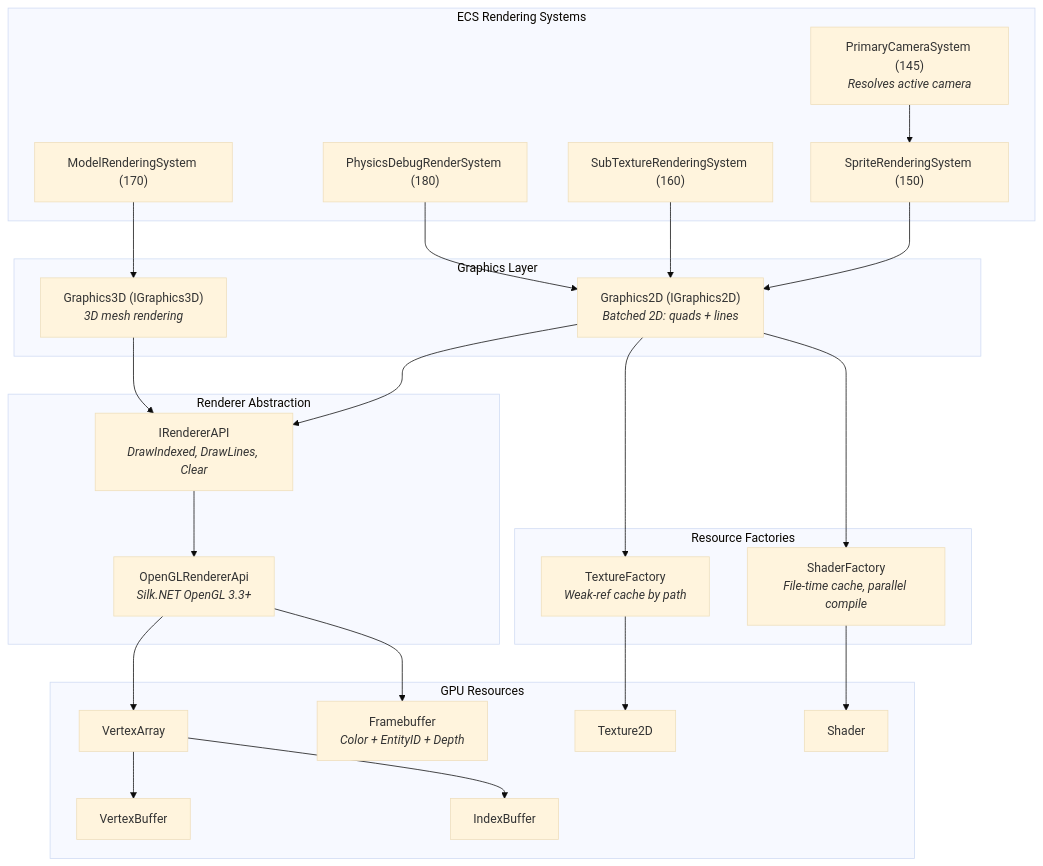
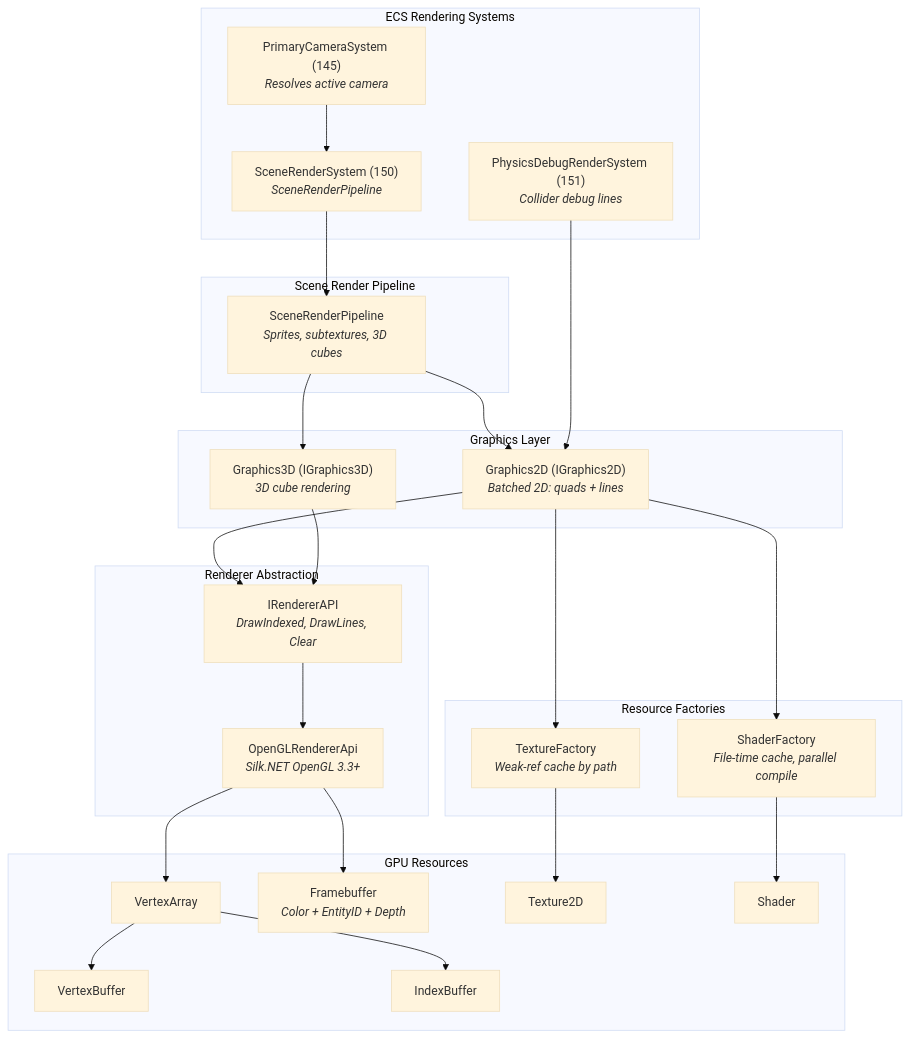
The first of 5 diagrams in docs/architecture/rendering-pipeline.md (kateusz/GameEngine), drawn with Mermaid (base theme) before and after one commit. The commit also changed other lines of this file and 10 other files, not shown here.

Commit message:
new skill updating-module-docs, remove not valid docs, update rendering pipeline docs

````diff
--- a/docs/architecture/rendering-pipeline.md
+++ b/docs/architecture/rendering-pipeline.md
@@ -9,51 +9,53 @@
 ```mermaid
 graph TB
     subgraph "ECS Rendering Systems"
         PCS["PrimaryCameraSystem (145)<br/><i>Resolves active camera</i>"]
-        SRS["SpriteRenderingSystem (150)"]
-        STRS["SubTextureRenderingSystem (160)"]
-        MRS["ModelRenderingSystem (170)"]
-        PDRS["PhysicsDebugRenderSystem (180)"]
+        SRS["SceneRenderSystem (150)<br/><i>SceneRenderPipeline</i>"]
+        PDRS["PhysicsDebugRenderSystem (151)<br/><i>Collider debug lines</i>"]
+    end
+
+    subgraph "Scene Render Pipeline"
+        SRP["SceneRenderPipeline<br/><i>Sprites, subtextures, 3D cubes</i>"]
     end
 
     subgraph "Graphics Layer"
         G2D["Graphics2D (IGraphics2D)<br/><i>Batched 2D: quads + lines</i>"]
-        G3D["Graphics3D (IGraphics3D)<br/><i>3D mesh rendering</i>"]
+        G3D["Graphics3D (IGraphics3D)<br/><i>3D cube rendering</i>"]
     end
 
     subgraph "Resource Factories"
         TF["TextureFactory<br/><i>Weak-ref cache by path</i>"]
         SF["ShaderFactory<br/><i>File-time cache, parallel compile</i>"]
     end
 
     subgraph "Renderer Abstraction"
         API["IRendererAPI<br/><i>DrawIndexed, DrawLines, Clear</i>"]
         OAPI["OpenGLRendererApi<br/><i>Silk.NET OpenGL 3.3+</i>"]
     end
 
     subgraph "GPU Resources"
         VAO["VertexArray"]
         VBO["VertexBuffer"]
         IBO["IndexBuffer"]
         FB["Framebuffer<br/><i>Color + EntityID + Depth</i>"]
         Tex["Texture2D"]
         Shader["Shader"]
     end
 
     PCS --> SRS
-    SRS --> G2D
-    STRS --> G2D
-    MRS --> G3D
+    SRS --> SRP
+    SRP --> G2D
+    SRP --> G3D
     PDRS --> G2D
     G2D --> API
     G3D --> API
     G2D --> TF
     G2D --> SF
     API --> OAPI
     OAPI --> VAO
     OAPI --> FB
     TF --> Tex
     SF --> Shader
     VAO --> VBO
     VAO --> IBO
 ```
````
